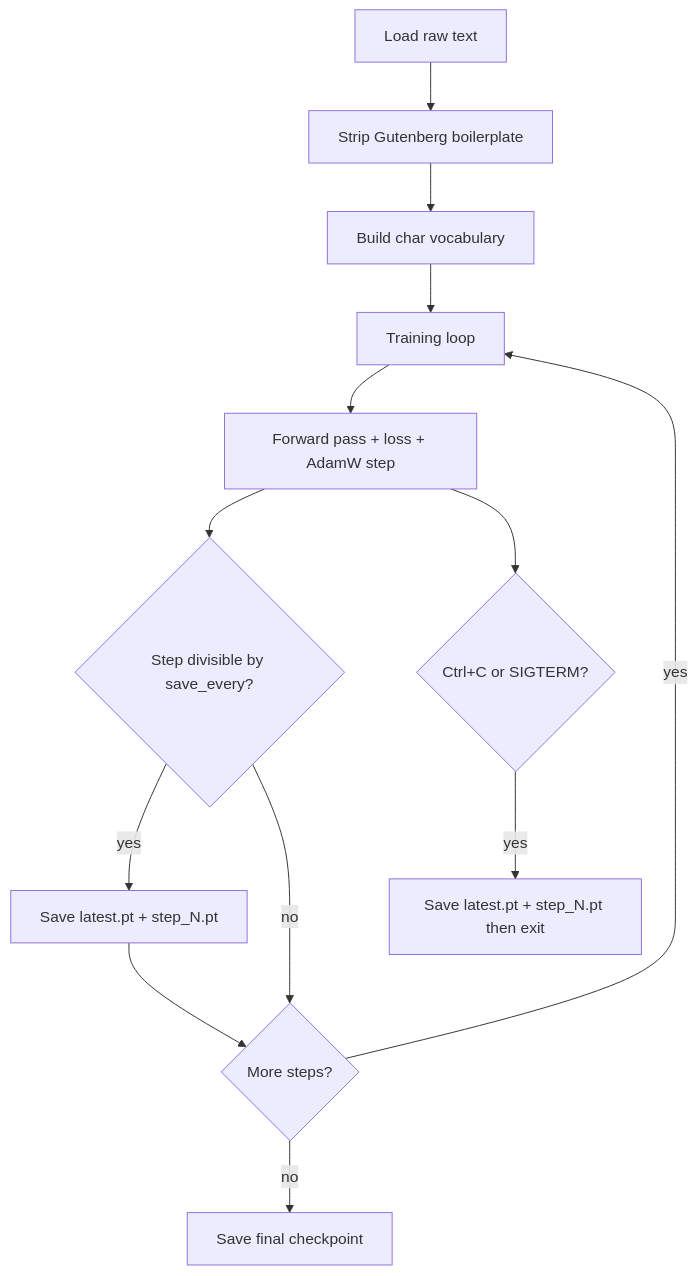
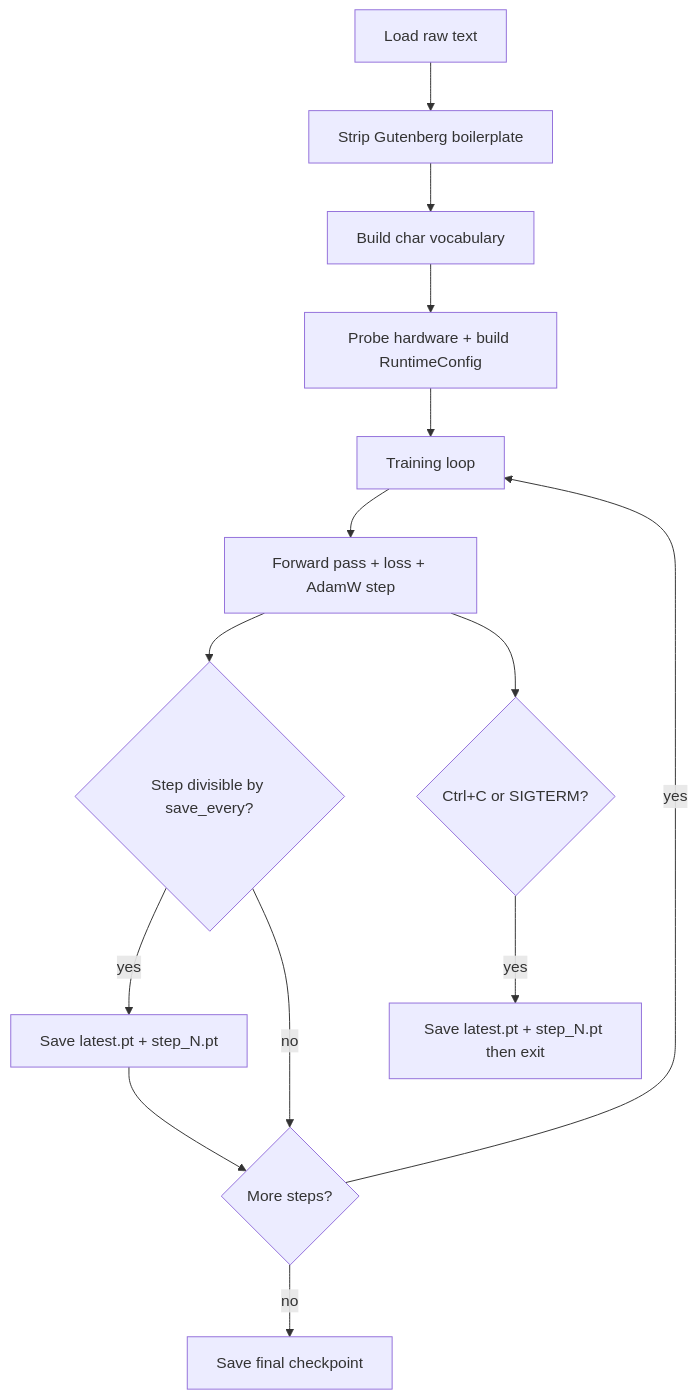
The third of 9 diagrams in README.md (shubham-agarwal-techculture/transformer-model), drawn with Mermaid before and after one commit. The commit also changed other lines of this file and 16 other files, not shown here.

````diff
--- a/README.md
+++ b/README.md
@@ -109,15 +119,16 @@
 ```mermaid
 flowchart TD
     A[Load raw text] --> B[Strip Gutenberg boilerplate]
     B --> C[Build char vocabulary]
-    C --> D[Training loop]
+    C --> R[Probe hardware + build RuntimeConfig]
+    R --> D[Training loop]
     D --> E[Forward pass + loss + AdamW step]
     E --> F{Step divisible by save_every?}
     F -->|yes| G[Save latest.pt + step_N.pt]
     F -->|no| H{More steps?}
     G --> H
     H -->|yes| D
     H -->|no| I[Save final checkpoint]
     E --> J{Ctrl+C or SIGTERM?}
     J -->|yes| K[Save latest.pt + step_N.pt then exit]
 ```
````
